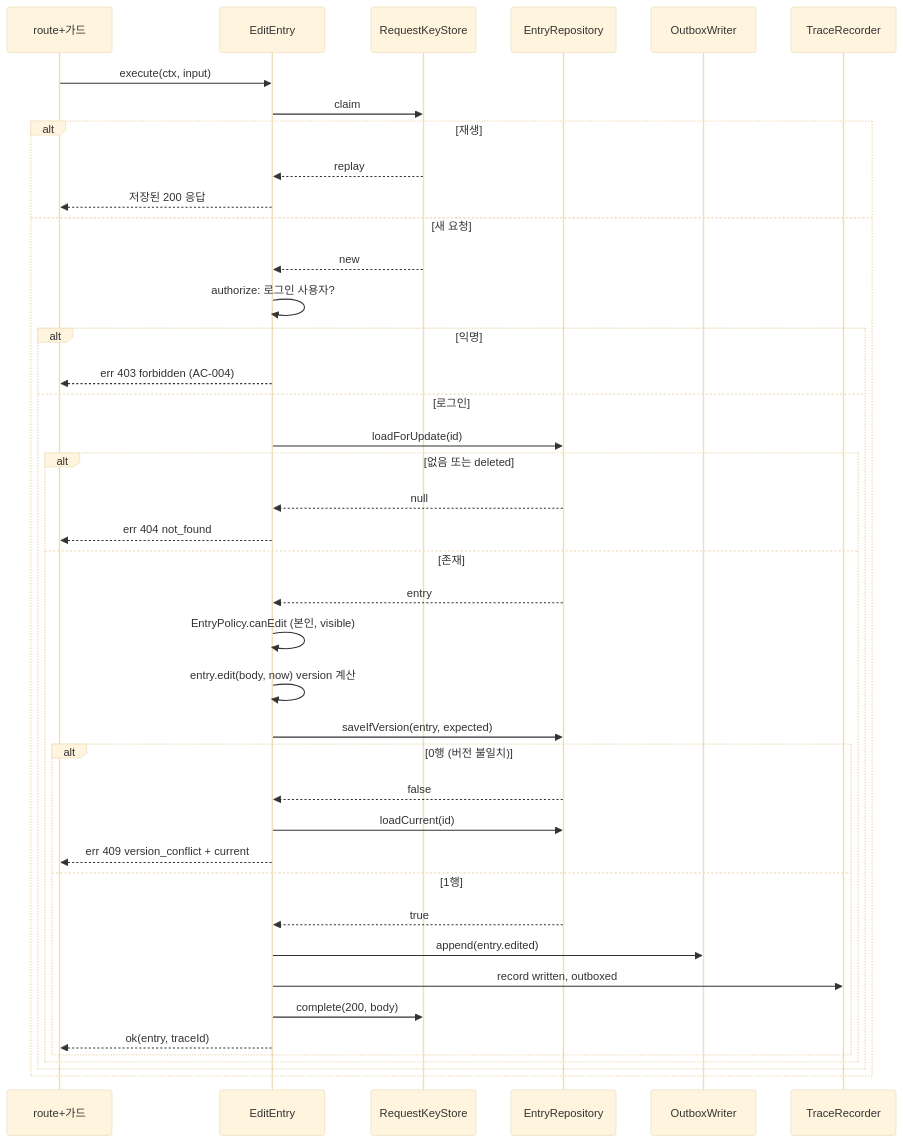
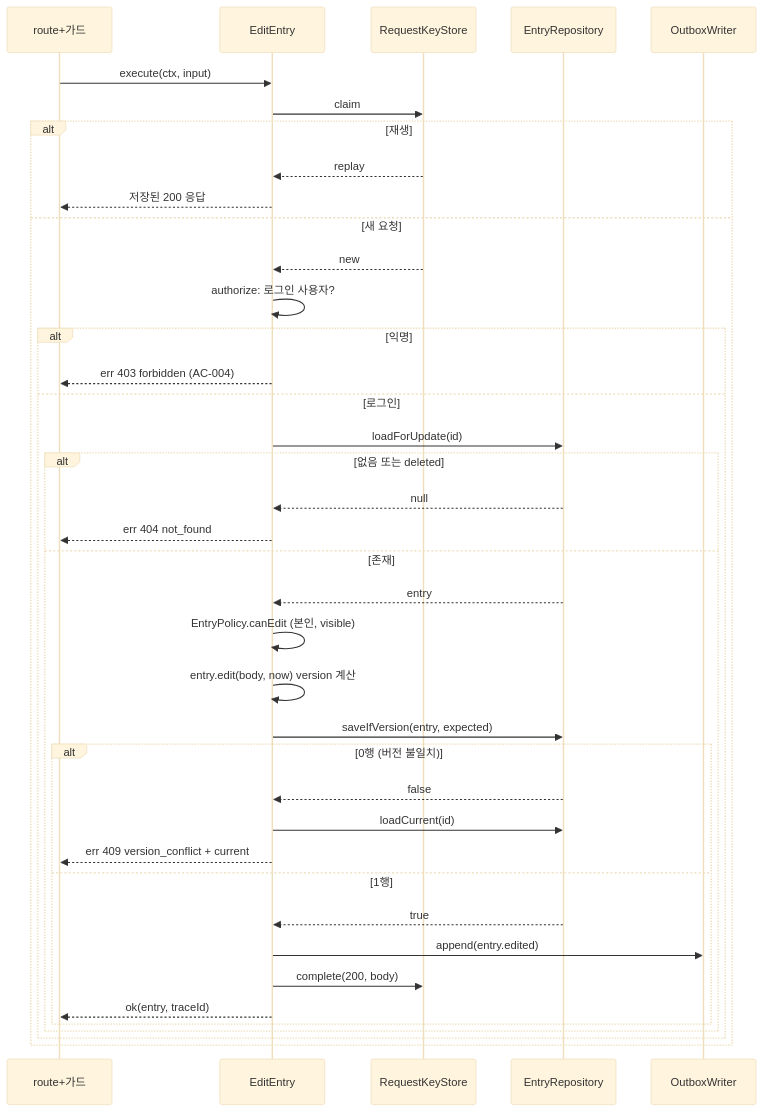
One commit to 1985jwlee/portpolio_backend changed diagram 14 of 41 in docs/design/features/11-guestbook-write.md. Above: the diagram before and after it, drawn with Mermaid (base theme). The commit also changed other lines of this file and 33 other files, not shown here.

````diff
--- a/docs/design/features/11-guestbook-write.md
+++ b/docs/design/features/11-guestbook-write.md
@@ -829,43 +824,41 @@
 ```mermaid
 sequenceDiagram
     participant R as route+가드
     participant H as EditEntry
     participant K as RequestKeyStore
     participant E as EntryRepository
     participant O as OutboxWriter
-    participant T as TraceRecorder
     R->>H: execute(ctx, input)
     H->>K: claim
     alt 재생
         K-->>H: replay
         H-->>R: 저장된 200 응답
     else 새 요청
         K-->>H: new
         H->>H: authorize: 로그인 사용자?
         alt 익명
             H-->>R: err 403 forbidden (AC-004)
         else 로그인
             H->>E: loadForUpdate(id)
             alt 없음 또는 deleted
                 E-->>H: null
                 H-->>R: err 404 not_found
             else 존재
                 E-->>H: entry
                 H->>H: EntryPolicy.canEdit (본인, visible)
                 H->>H: entry.edit(body, now) version 계산
                 H->>E: saveIfVersion(entry, expected)
                 alt 0행 (버전 불일치)
                     E-->>H: false
                     H->>E: loadCurrent(id)
                     H-->>R: err 409 version_conflict + current
                 else 1행
                     E-->>H: true
                     H->>O: append(entry.edited)
-                    H->>T: record written, outboxed
                     H->>K: complete(200, body)
                     H-->>R: ok(entry, traceId)
                 end
             end
         end
     end
 ```
````
